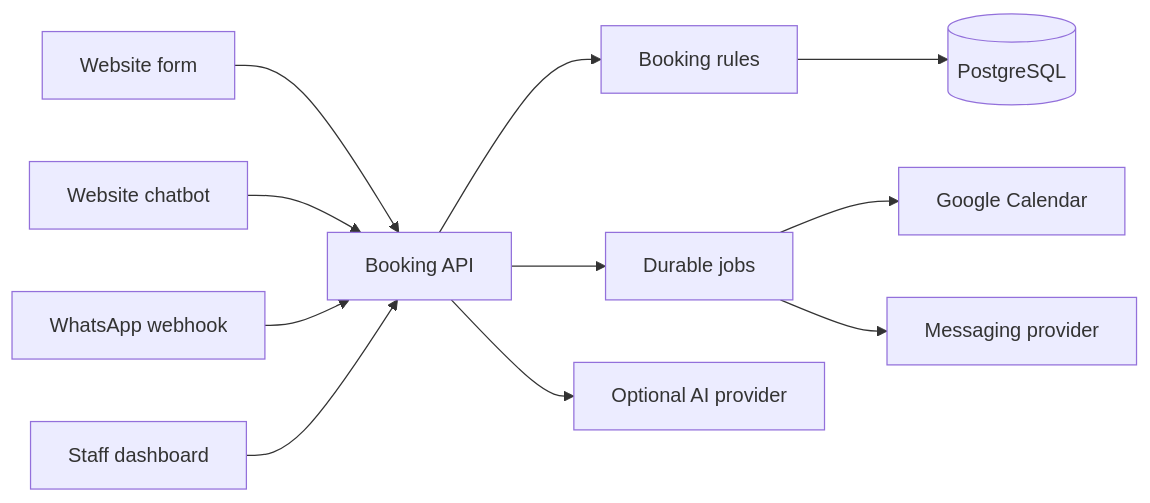
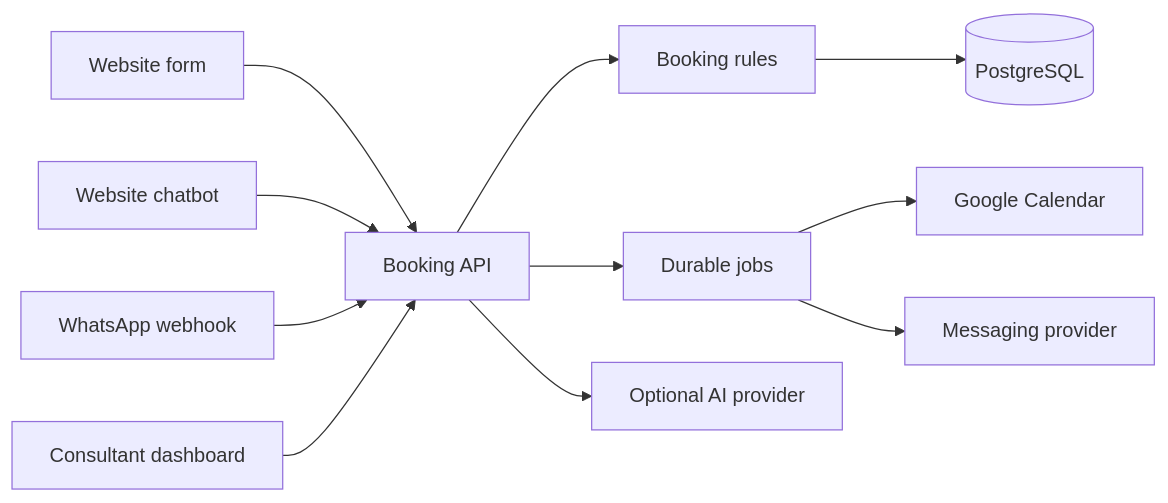
Before and after one commit to adarsh-dayanand/booking-management: the first of 2 diagrams in docs/brd.md, drawn with Mermaid. The commit also changed other lines of this file and 63 other files, not shown here.

First line of the commit message:
feat: add payments functionality and consultant dashboard

````diff
--- a/docs/brd.md
+++ b/docs/brd.md
@@ -224,13 +224,13 @@
 ```mermaid
 flowchart LR
   Form[Website form] --> API[Booking API]
   Chat[Website chatbot] --> API
   WA[WhatsApp webhook] --> API
-  Admin[Staff dashboard] --> API
+  Admin[Consultant dashboard] --> API
   API --> Rules[Booking rules]
   Rules --> DB[(PostgreSQL)]
   API --> Jobs[Durable jobs]
   Jobs --> Google[Google Calendar]
   Jobs --> Messages[Messaging provider]
   API --> AI[Optional AI provider]
 ```
````
